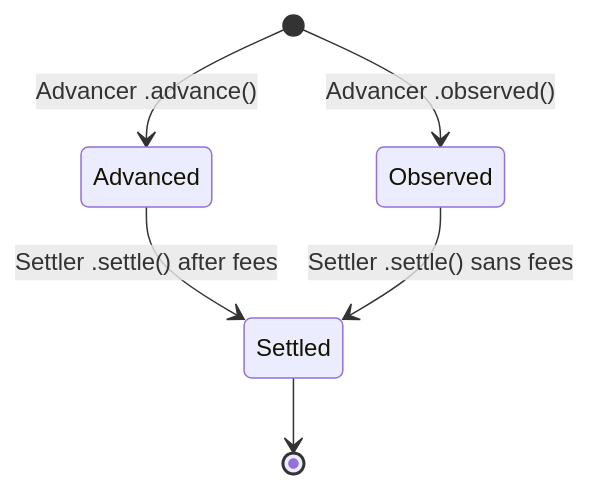
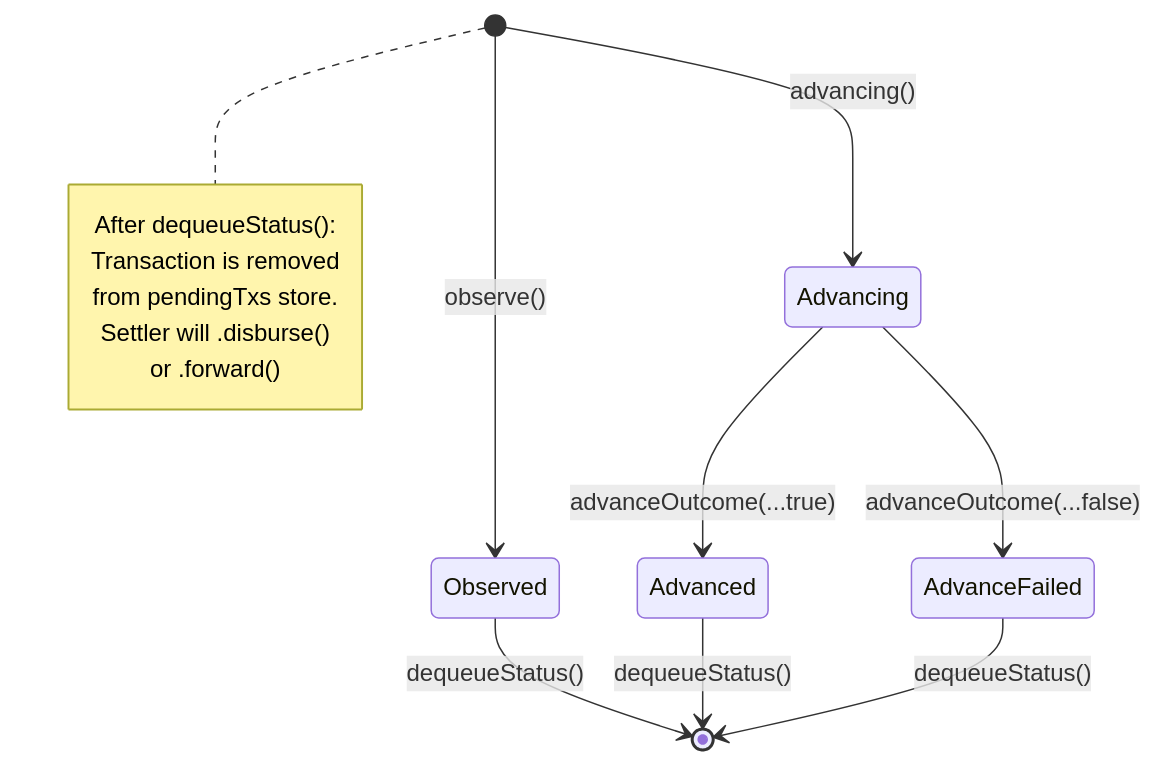
The third of 4 diagrams in packages/fast-usdc/README.md (Agoric/agoric-sdk), drawn with Mermaid before and after one commit. The commit also changed other lines of this file, not shown here.

Commit message:
docs: update status manager stateDiagram

````diff
--- a/packages/fast-usdc/README.md
+++ b/packages/fast-usdc/README.md
@@ -66,8 +66,20 @@
 ```mermaid
 stateDiagram-v2
-  [*] --> Advanced: Advancer .advance()
-  Advanced --> Settled: Settler .settle() after fees
-  [*] --> Observed: Advancer .observed()
-  Observed --> Settled: Settler .settle() sans fees
-  Settled --> [*]
+  [*] --> Observed: observe()
+  [*] --> Advancing: advancing()
+
+  Advancing --> Advanced: advanceOutcome(...true)
+  Advancing --> AdvanceFailed: advanceOutcome(...false)
+
+  Observed --> [*]: dequeueStatus()
+  Advanced --> [*]: dequeueStatus()
+  AdvanceFailed --> [*]: dequeueStatus()
+
+  note right of [*]
+    After dequeueStatus():
+    Transaction is removed 
+    from pendingTxs store.
+    Settler will .disburse()
+    or .forward()
+  end note
 ```
````
